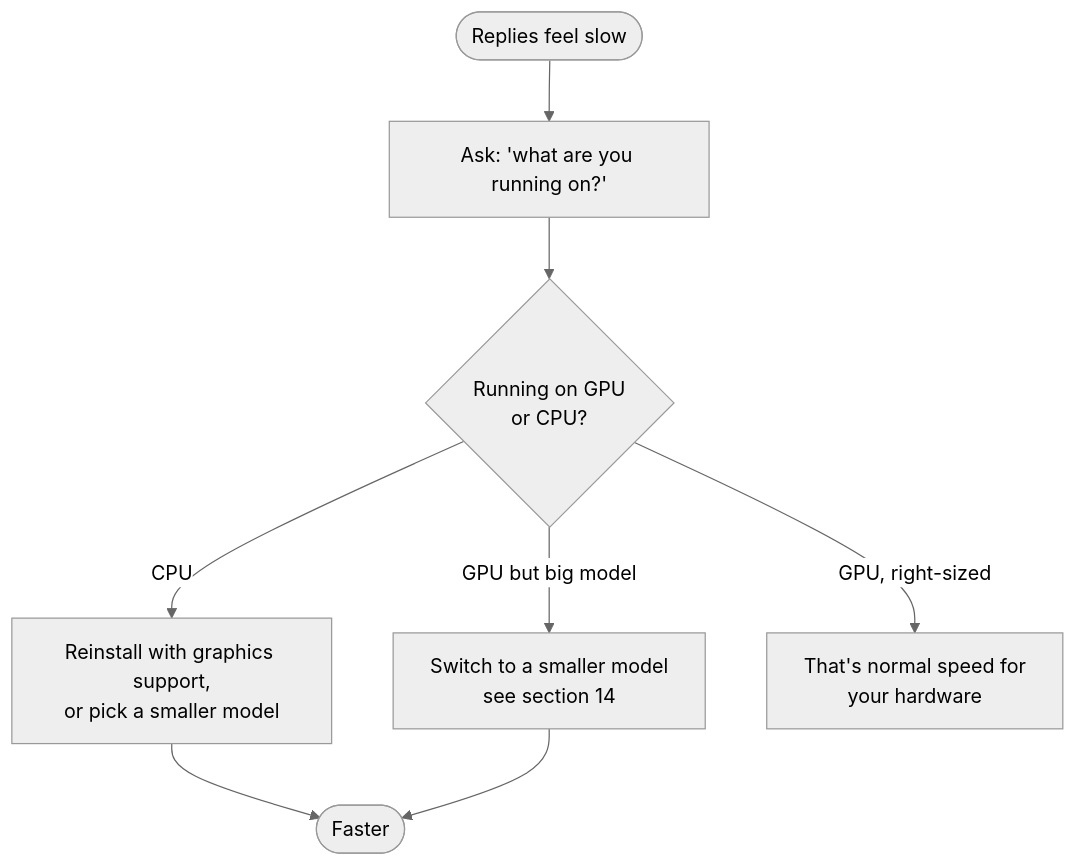
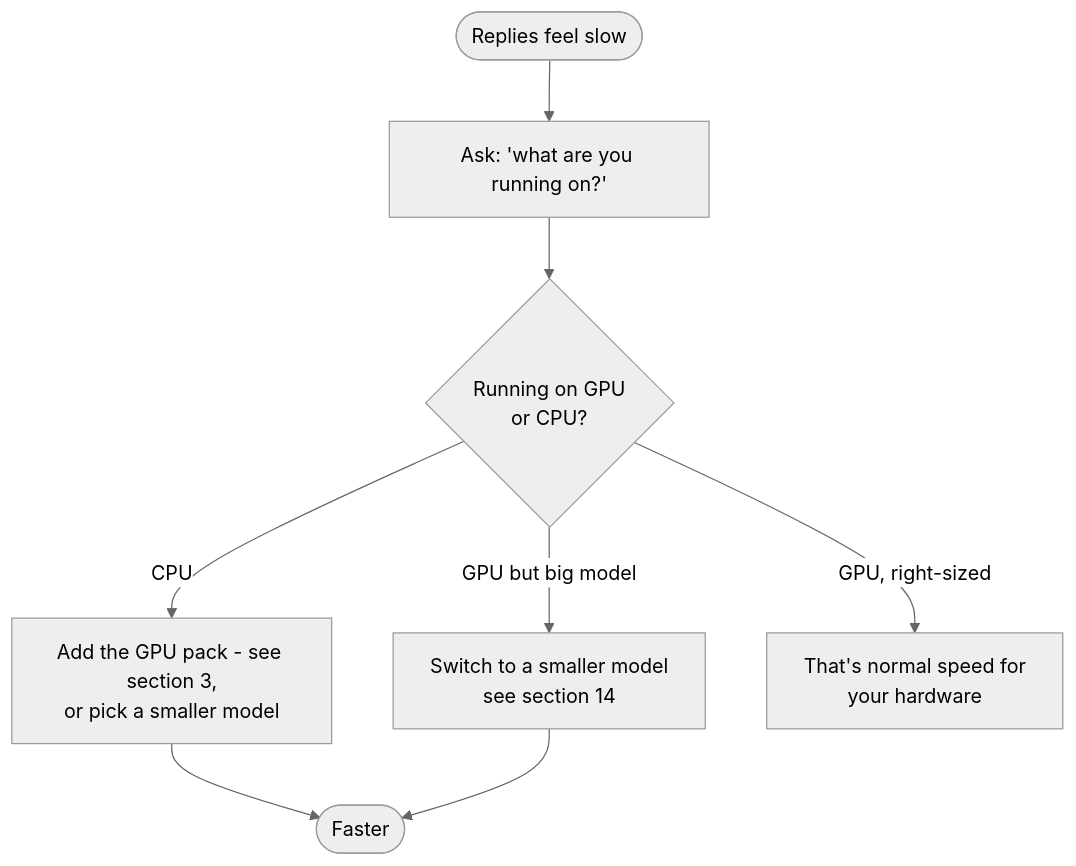
Before and after one commit to ShadowESC95/ELI_v2.0: the ninth of 11 diagrams in blueprints/ELI_USER_MANUAL.md, drawn with Mermaid (neutral theme). The commit also changed other lines of this file and 115 other files, not shown here.

````diff
--- a/blueprints/ELI_USER_MANUAL.md
+++ b/blueprints/ELI_USER_MANUAL.md
@@ -904,10 +997,10 @@
 ```mermaid
 flowchart TD
     A([Replies feel slow]) --> B[Ask: 'what are you running on?']
     B --> C{Running on GPU<br/>or CPU?}
-    C -->|CPU| D[Reinstall with graphics support,<br/>or pick a smaller model]
+    C -->|CPU| D[Add the GPU pack - see section 3,<br/>or pick a smaller model]
     C -->|GPU but big model| E[Switch to a smaller model<br/>see section 14]
     C -->|GPU, right-sized| F[That's normal speed for<br/>your hardware]
     D --> G([Faster])
     E --> G
 ```
````
